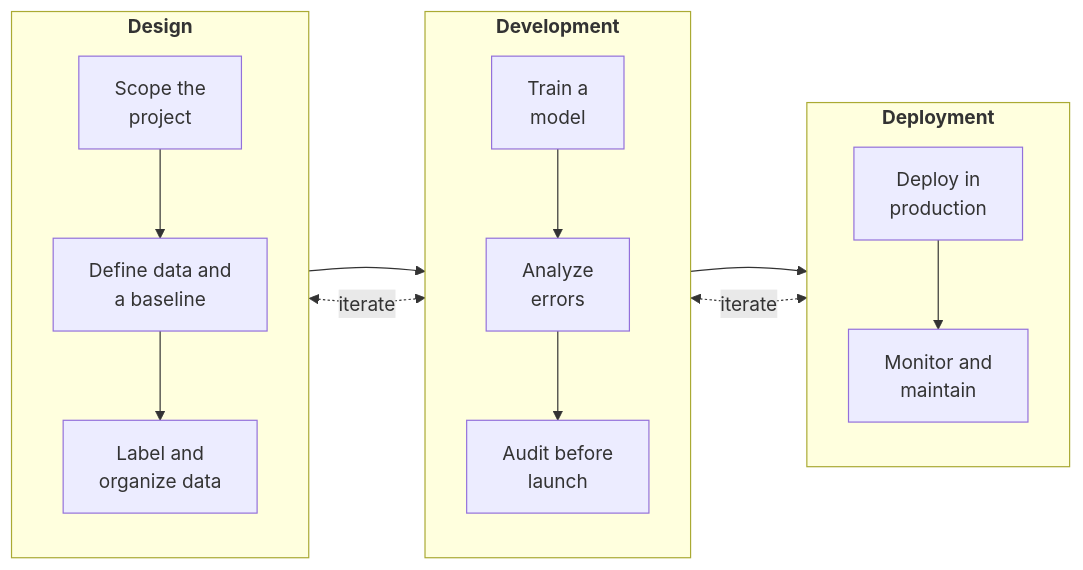
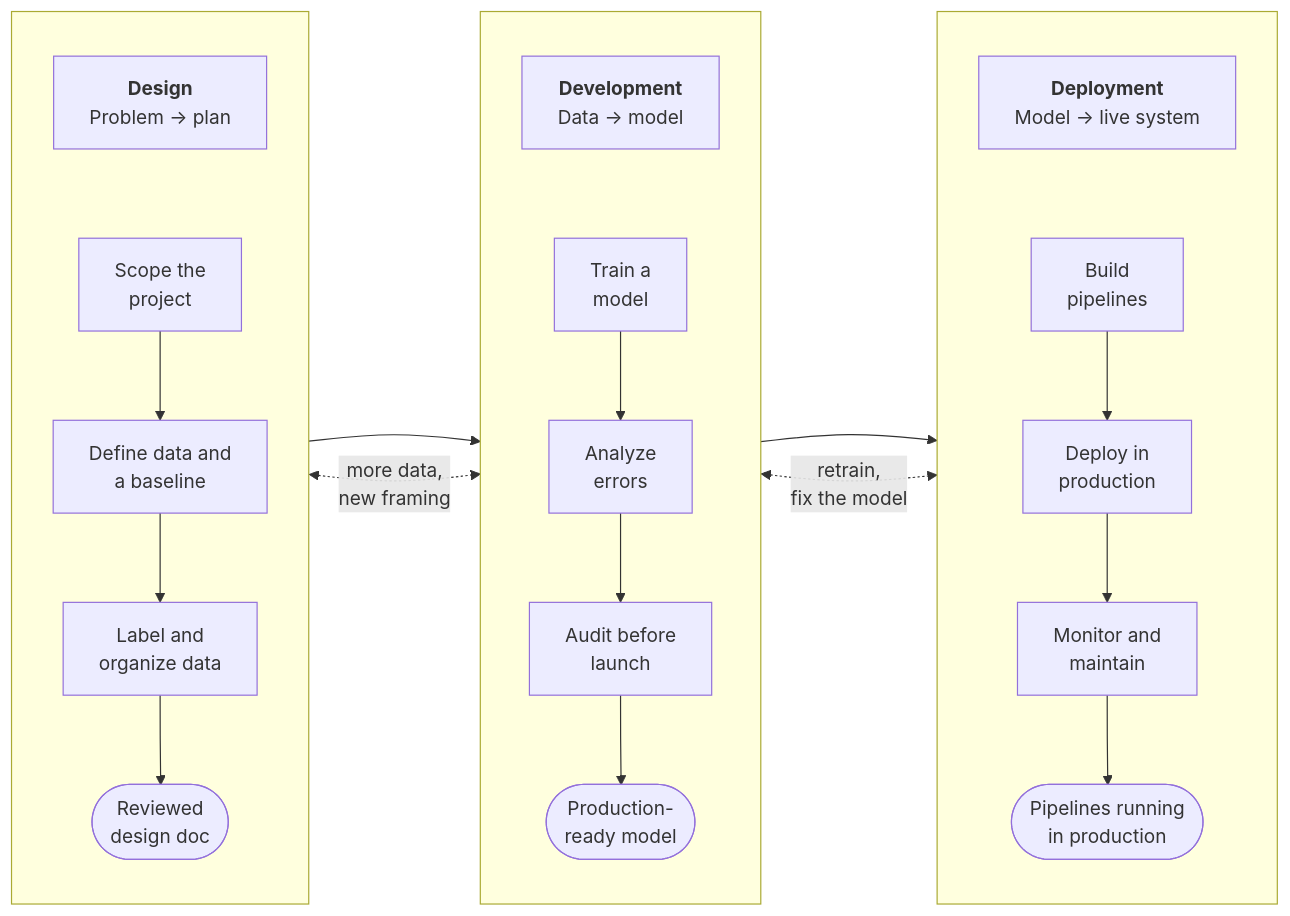
The diagram in docs/index.md (0trm/mlkb), drawn with Mermaid before and after one commit. The commit also changed other lines of this file and 12 other files, not shown here.

Commit message:
Fold Google's Managing ML Projects course into the notes, with stage goals and exit outcomes in a redrawn process diagram

````diff
--- a/docs/index.md
+++ b/docs/index.md
@@ -7,18 +7,20 @@
 ```mermaid
 flowchart LR
-  subgraph design[<b>Design</b>]
+  subgraph design[" "]
     direction TB
-    A[Scope the<br>project] --> B[Define data and<br>a baseline] --> C[Label and<br>organize data]
+    T1["<b>Design</b><br>Problem → plan"] ~~~ A[Scope the<br>project] --> B[Define data and<br>a baseline] --> C[Label and<br>organize data] --> O1([Reviewed<br>design doc])
   end
-  subgraph development[<b>Development</b>]
+  subgraph development[" "]
     direction TB
-    D[Train a<br>model] --> E[Analyze<br>errors] --> F[Audit before<br>launch]
+    T2["<b>Development</b><br>Data → model"] ~~~ D[Train a<br>model] --> E[Analyze<br>errors] --> F[Audit before<br>launch] --> O2([Production-<br>ready model])
   end
-  subgraph deployment[<b>Deployment</b>]
+  subgraph deployment[" "]
     direction TB
-    G[Deploy in<br>production] --> H[Monitor and<br>maintain]
+    T3["<b>Deployment</b><br>Model#nbsp;→#nbsp;live#nbsp;system"] ~~~ G[Build<br>pipelines] --> H[Deploy in<br>production] --> I[Monitor and<br>maintain] --> O3([Pipelines running<br>in production])
   end
   design --> development --> deployment
-  design <-. iterate .-> development
-  development <-. iterate .-> deployment
+  design <-.->|more data,<br>new framing| development
+  development <-.->|retrain,<br>fix the model| deployment
+  class T1,T2,T3 stagehead
+  class O1,O2,O3 outcome
 ```
````
